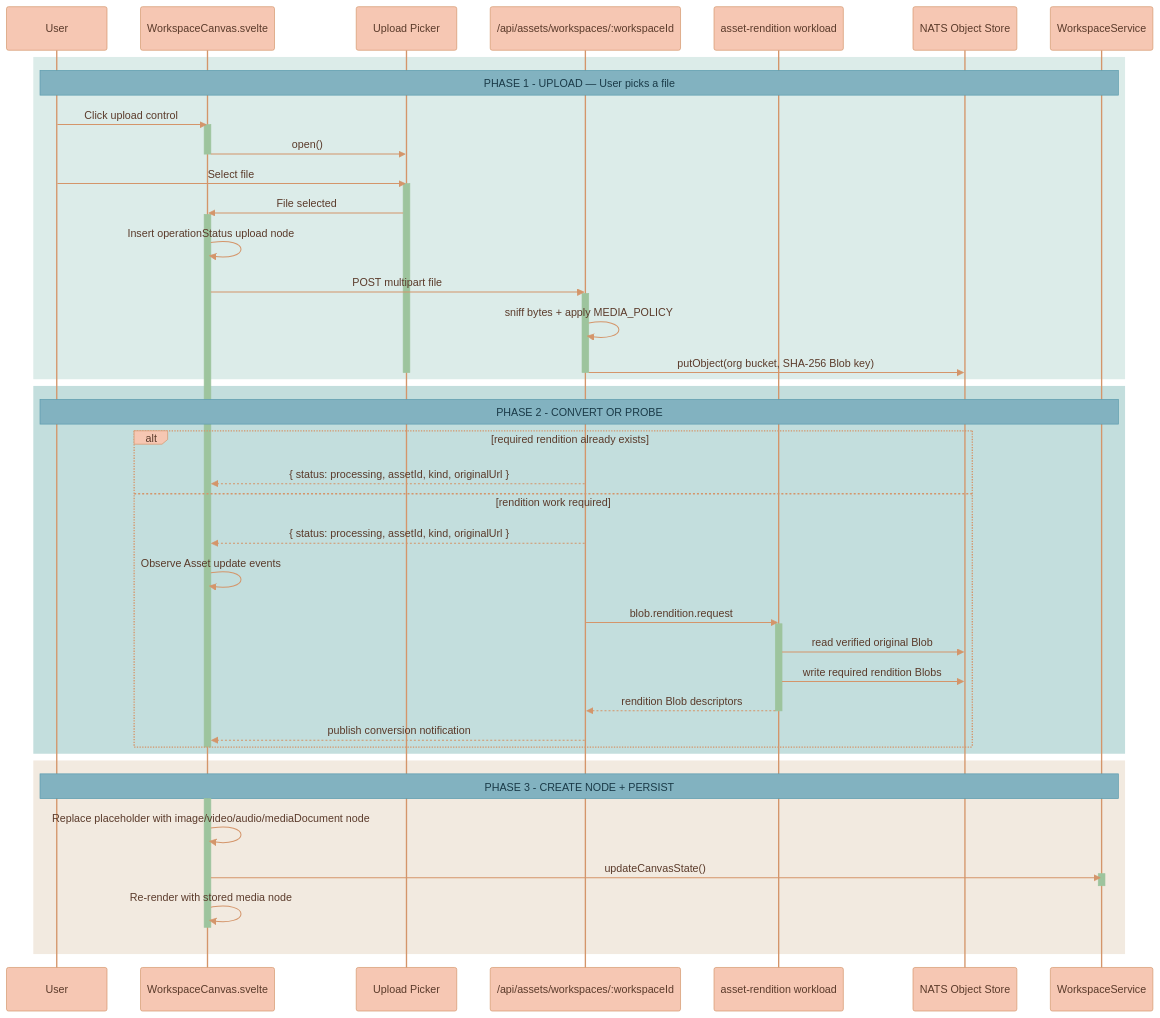
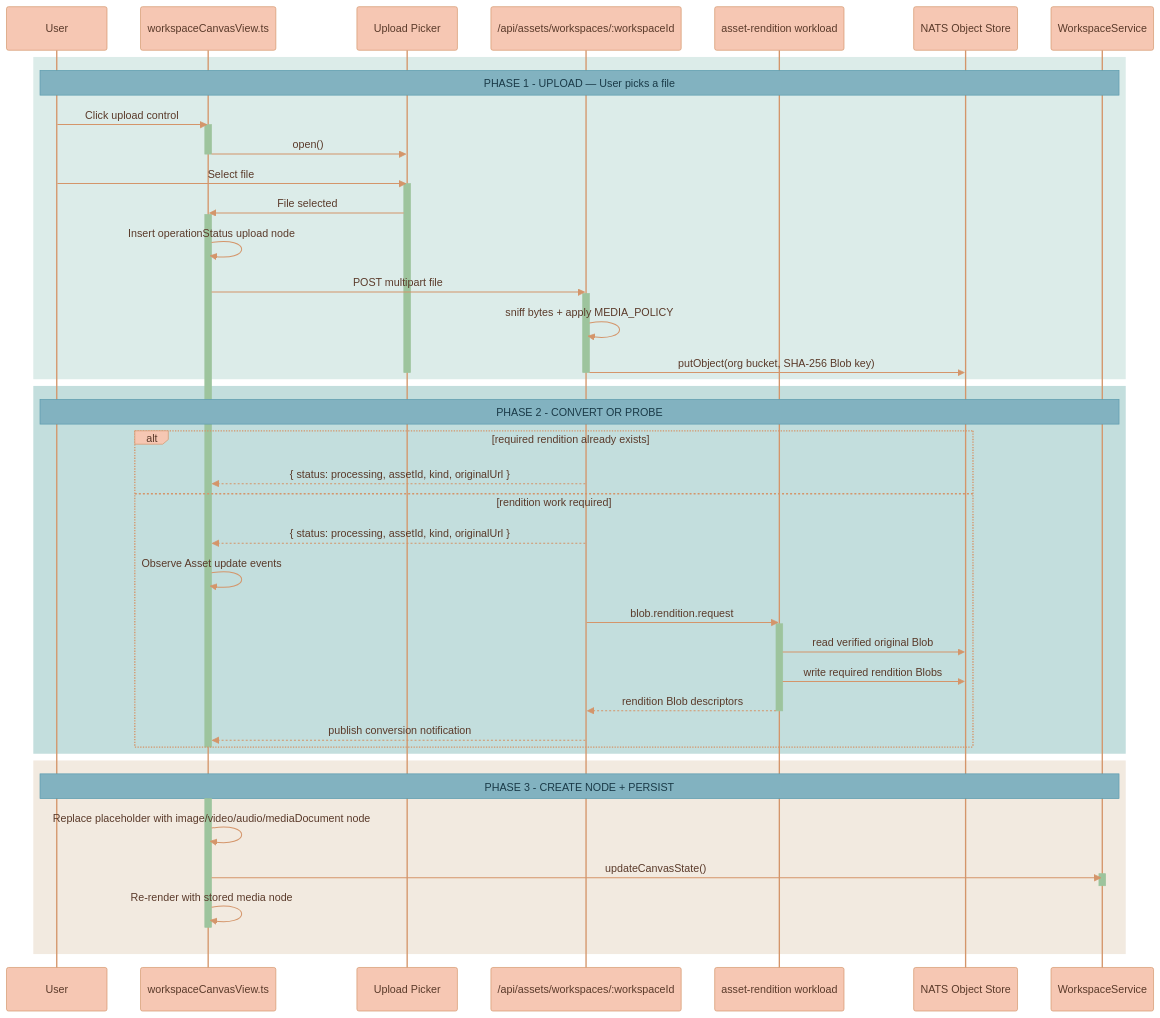
Before and after one commit to Lixpi/lixpi: the third of 6 diagrams in documentation/canvas/USER-FLOWS.md, drawn with Mermaid. The commit also changed other lines of this file and 59 other files, not shown here.

````diff
--- a/documentation/canvas/USER-FLOWS.md
+++ b/documentation/canvas/USER-FLOWS.md
@@ -117,67 +117,67 @@
 ```mermaid
 %%{init: {'theme': 'base', 'themeVariables': { 'noteBkgColor': '#82B2C0', 'noteTextColor': '#1a3a47', 'noteBorderColor': '#5a9aad', 'actorBkg': '#F6C7B3', 'actorBorder': '#d4956a', 'actorTextColor': '#5a3a2a', 'actorLineColor': '#d4956a', 'signalColor': '#d4956a', 'signalTextColor': '#5a3a2a', 'labelBoxBkgColor': '#F6C7B3', 'labelBoxBorderColor': '#d4956a', 'labelTextColor': '#5a3a2a', 'loopTextColor': '#5a3a2a', 'activationBorderColor': '#9DC49D', 'activationBkgColor': '#9DC49D', 'sequenceNumberColor': '#5a3a2a'}}}%%
 sequenceDiagram
     participant User
-    participant Svelte as WorkspaceCanvas.svelte
+    participant Host as workspaceCanvasView.ts
     participant Picker as Upload Picker
     participant API as /api/assets/workspaces/:workspaceId
     participant NEX as asset-rendition workload
     participant ObjStore as NATS Object Store
     participant WSvc as WorkspaceService
     %% ═══════════════════════════════════════════════════════════════
     %% PHASE 1: UPLOAD
     %% ═══════════════════════════════════════════════════════════════
     rect rgb(220, 236, 233)
         Note over User, WSvc: PHASE 1 - UPLOAD — User picks a file
-        User->>Svelte: Click upload control
-        activate Svelte
-        Svelte->>Picker: open()
-        deactivate Svelte
+        User->>Host: Click upload control
+        activate Host
+        Host->>Picker: open()
+        deactivate Host
         User->>Picker: Select file
         activate Picker
-        Picker->>Svelte: File selected
-        activate Svelte
-        Svelte->>Svelte: Insert operationStatus upload node
-        Svelte->>API: POST multipart file
+        Picker->>Host: File selected
+        activate Host
+        Host->>Host: Insert operationStatus upload node
+        Host->>API: POST multipart file
         activate API
         API->>API: sniff bytes + apply MEDIA_POLICY
         API->>ObjStore: putObject(org bucket, SHA-256 Blob key)
         deactivate API
         deactivate Picker
     end
 
     %% ═══════════════════════════════════════════════════════════════
     %% PHASE 2: CREATE NODE
     %% ═══════════════════════════════════════════════════════════════
     rect rgb(195, 222, 221)
         Note over User, WSvc: PHASE 2 - CONVERT OR PROBE
         alt required rendition already exists
-            API-->>Svelte: { status: processing, assetId, kind, originalUrl }
+            API-->>Host: { status: processing, assetId, kind, originalUrl }
         else rendition work required
-            API-->>Svelte: { status: processing, assetId, kind, originalUrl }
-            Svelte->>Svelte: Observe Asset update events
+            API-->>Host: { status: processing, assetId, kind, originalUrl }
+            Host->>Host: Observe Asset update events
             API->>NEX: blob.rendition.request
             activate NEX
             NEX->>ObjStore: read verified original Blob
             NEX->>ObjStore: write required rendition Blobs
             NEX-->>API: rendition Blob descriptors
             deactivate NEX
-            API-->>Svelte: publish conversion notification
+            API-->>Host: publish conversion notification
         end
-        deactivate Svelte
+        deactivate Host
     end
 
     %% ═══════════════════════════════════════════════════════════════
     %% PHASE 3: PERSIST
     %% ═══════════════════════════════════════════════════════════════
     rect rgb(242, 234, 224)
         Note over User, WSvc: PHASE 3 - CREATE NODE + PERSIST
-        activate Svelte
-        Svelte->>Svelte: Replace placeholder with image/video/audio/mediaDocument node
-        Svelte->>WSvc: updateCanvasState()
+        activate Host
+        Host->>Host: Replace placeholder with image/video/audio/mediaDocument node
+        Host->>WSvc: updateCanvasState()
         activate WSvc
         deactivate WSvc
-        Svelte->>Svelte: Re-render with stored media node
-        deactivate Svelte
+        Host->>Host: Re-render with stored media node
+        deactivate Host
     end
 ```
````
